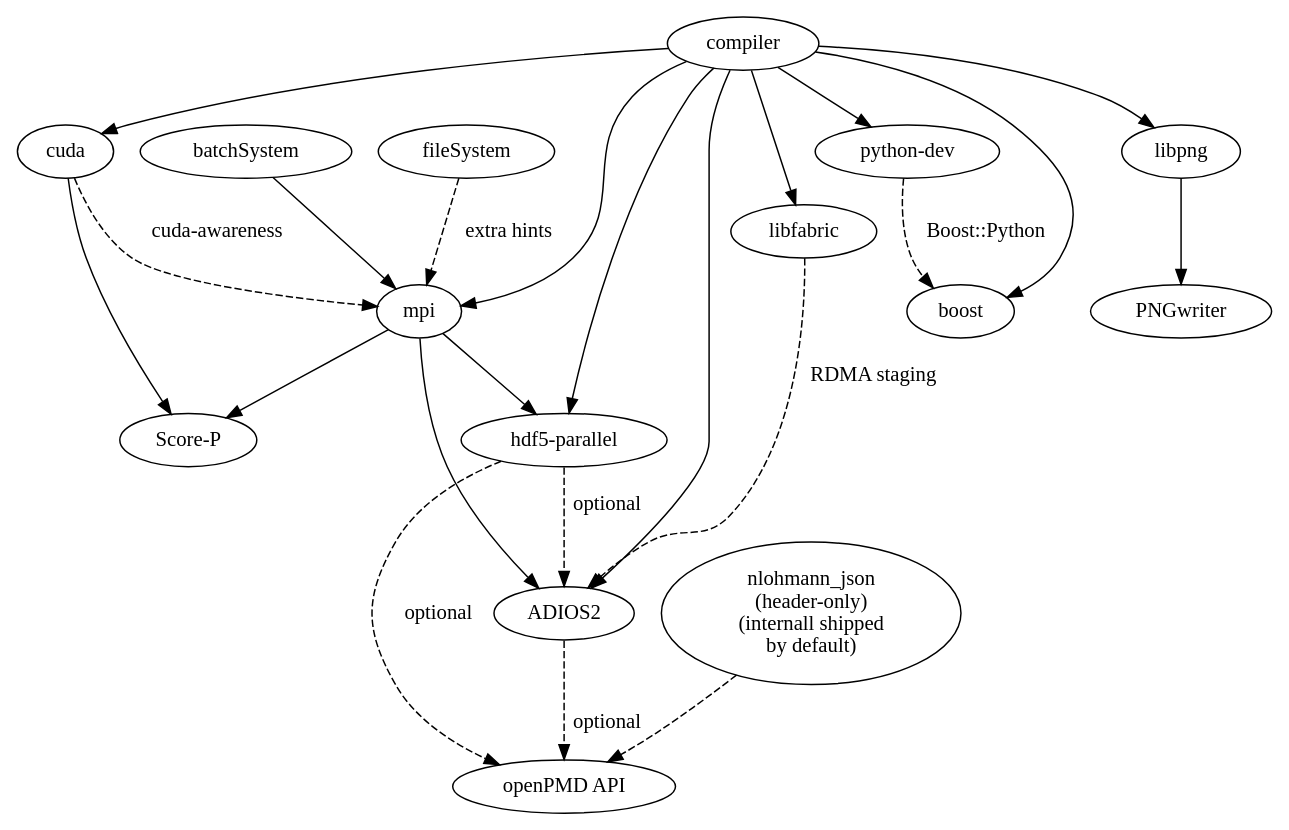
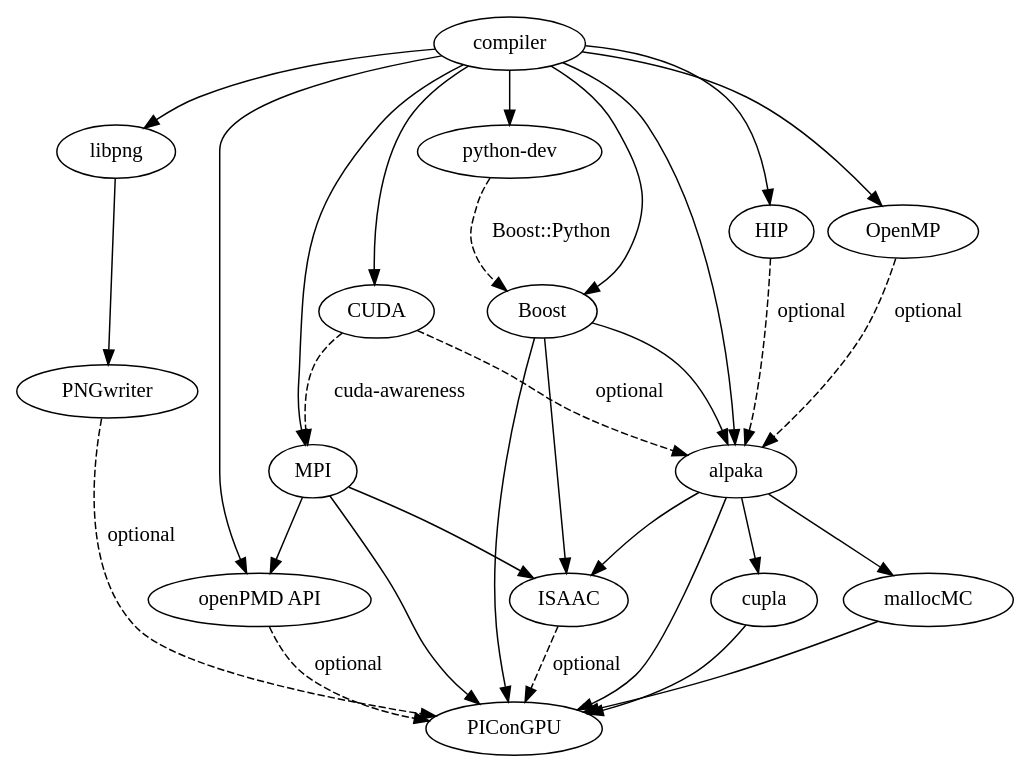
One commit to ComputationalRadiationPhysics/picongpu changed the diagram in docs/source/install/libraryDependencies.dot. Above: the diagram before and after it, drawn with Graphviz. The commit also changed 1 other file, not shown here.

Commit message:
Update dependencies diagram
Add a few missing dependencies.
Remove indirect dependencies (dependencies of other dependencies).

```diff
--- a/docs/source/install/libraryDependencies.dot
+++ b/docs/source/install/libraryDependencies.dot
@@ -1,47 +1,63 @@
 /* Generate the output
  *
  * Debian: apt-get install libgraph-easy-perl
  * Command:
  *   graph-easy --input=libraryDependencies.dot --boxart > libraryDependencies.md
  *   graph-easy --input=libraryDependencies.dot --as_ascii > libraryDependencies.txt
  *   graph-easy --input=libraryDependencies.dot --svg > libraryDependencies.svg
  *   graph-easy --input=libraryDependencies.dot --png
  */
 
 digraph PIConGPU {
-    compiler -> cuda;
+    mpi [label="MPI"];
     compiler -> mpi;
+
+    boost [label="Boost"];
     compiler -> boost;
-    compiler -> python;
-    compiler -> libpng;
-
-    cuda -> mpi [style=dashed label="cuda-awareness"];
-    batchSystem -> mpi;
-    fileSystem -> mpi [style=dashed label="extra hints"];
 
     python [label="python-dev"];
+    compiler -> python;
     python -> boost [style=dashed label="Boost::Python"];
 
-    hdf5 [label="hdf5-parallel"];
-    mpi -> hdf5;
-    compiler -> hdf5;
+    compiler -> libpng;
+    libpng -> PNGwriter;
 
-    adios2 [label="ADIOS2"];
-    mpi -> adios2;
-    compiler -> adios2;
-    hdf5 -> adios2 [style=dashed label="optional"];
-    compiler -> libfabric;
-    libfabric -> adios2[style=dashed label="RDMA staging"];
+    compiler -> alpaka;
+    boost -> alpaka;
+    alpaka -> cupla;
+
+    mallocmc [label="mallocMC"]
+    alpaka -> mallocmc;
+
+    isaac [label="ISAAC"]
+    alpaka -> isaac;
+    boost -> isaac;
+    mpi -> isaac;
+
+    cuda [label="CUDA"];
+    compiler -> cuda;
+    cuda -> alpaka [style=dashed label="optional"];
+    cuda -> mpi [style=dashed label="cuda-awareness"];
+
+    hip [label="HIP"];
+    compiler -> hip;
+    hip -> alpaka [style=dashed label="optional"];
+
+    omp [label="OpenMP"];
+    compiler -> omp;
+    omp -> alpaka [style=dashed label="optional"];
 
     openpmd [label="openPMD API"];
-    adios2 -> openpmd [style=dashed label="optional"];
-    hdf5 -> openpmd [style=dashed label="optional"];
-    nlohmann_json [label="nlohmann_json\n(header-only)\n(internall shipped\nby default)"];
-    nlohmann_json -> openpmd[style="dashed"]
+    mpi -> openpmd;
+    compiler -> openpmd;
 
-    libpng -> PNGwriter;
-
-    trace [label="Score-P"];
-    mpi -> trace;
-    cuda -> trace;
+    picongpu [label="PIConGPU"];
+    alpaka -> picongpu;
+    cupla -> picongpu;
+    mpi -> picongpu;
+    boost -> picongpu;
+    mallocmc -> picongpu;
+    isaac -> picongpu [style=dashed label="optional"];
+    openpmd -> picongpu [style=dashed label="optional"];
+    PNGwriter -> picongpu [style=dashed label="optional"];
 }
```
